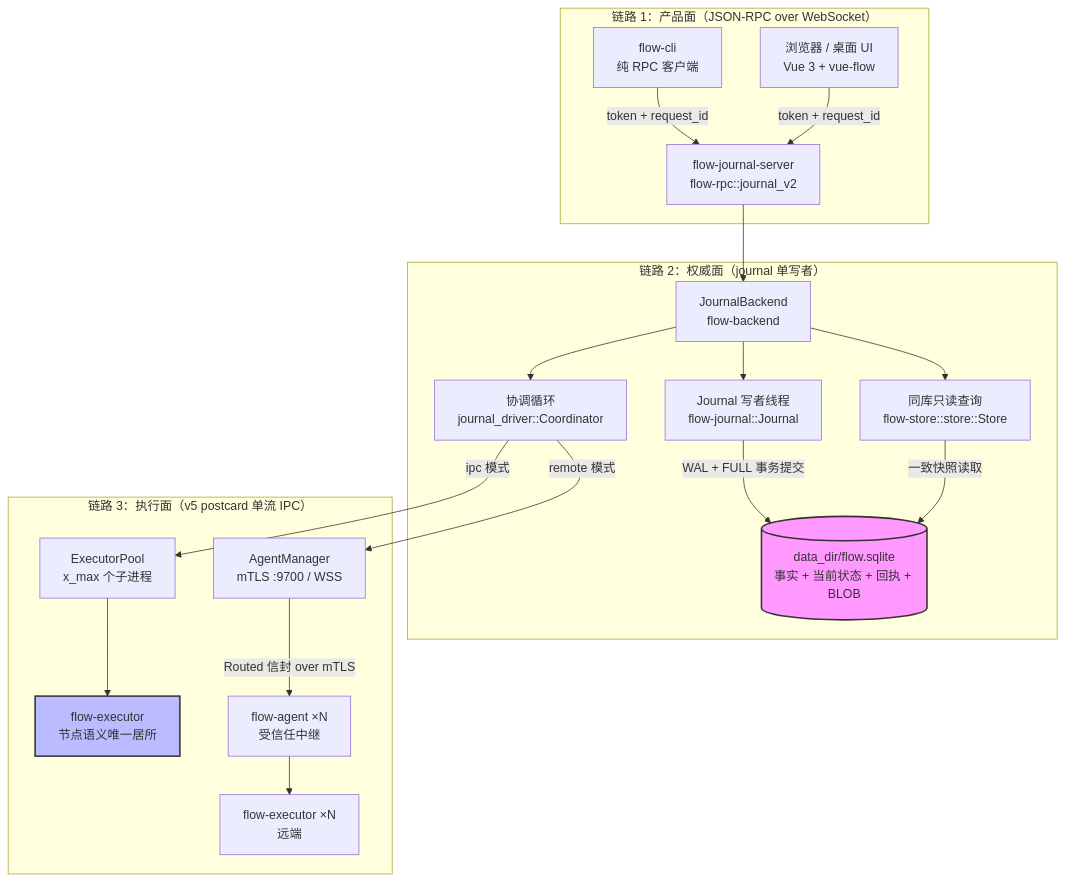
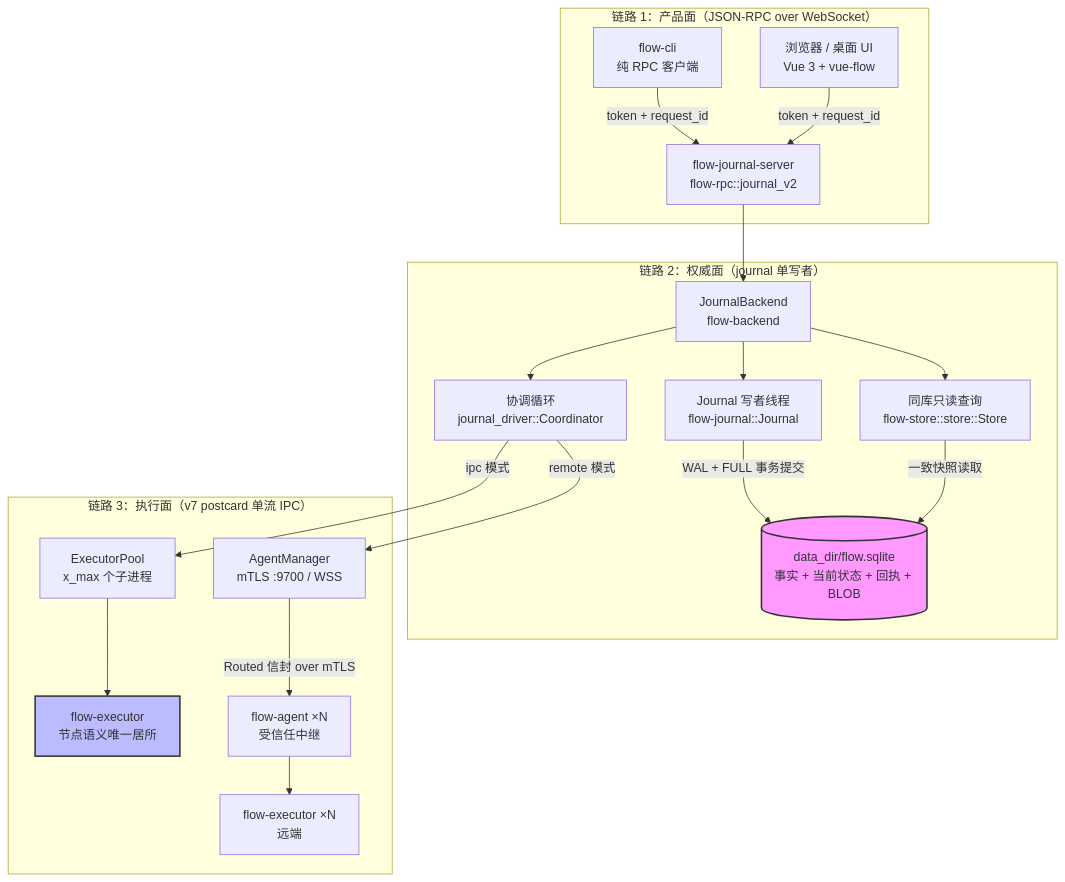
The first of 20 diagrams in docs/DESIGN.md (yeheng/flow), drawn with Mermaid before and after one commit. The commit also changed other lines of this file and 116 other files, not shown here.

````diff
--- a/docs/DESIGN.md
+++ b/docs/DESIGN.md
@@ -128,42 +131,42 @@
 ```mermaid
 graph TB
     subgraph L1["链路 1：产品面（JSON-RPC over WebSocket）"]
         CLI["flow-cli<br/>纯 RPC 客户端"]
         WEB["浏览器 / 桌面 UI<br/>Vue 3 + vue-flow"]
         RPC["flow-journal-server<br/>flow-rpc::journal_v2"]
     end
 
     subgraph L2["链路 2：权威面（journal 单写者）"]
         BE["JournalBackend<br/>flow-backend"]
         COORD["协调循环<br/>journal_driver::Coordinator"]
         W["Journal 写者线程<br/>flow-journal::Journal"]
         PROJ["同库只读查询<br/>flow-store::store::Store"]
         DISK[("data_dir/flow.sqlite<br/>事实 + 当前状态 + 回执 + BLOB")]
     end
 
-    subgraph L3["链路 3：执行面（v5 postcard 单流 IPC）"]
+    subgraph L3["链路 3：执行面（v7 postcard 单流 IPC）"]
         POOL["ExecutorPool<br/>x_max 个子进程"]
         EX["flow-executor<br/>节点语义唯一居所"]
         AM["AgentManager<br/>mTLS :9700 / WSS"]
         AG["flow-agent ×N<br/>受信任中继"]
         REX["flow-executor ×N<br/>远端"]
     end
 
     CLI -->|"token + request_id"| RPC
     WEB -->|"token + request_id"| RPC
     RPC --> BE
     BE --> COORD
     BE --> W
     BE --> PROJ
     W -->|"WAL + FULL 事务提交"| DISK
     PROJ -->|"一致快照读取"| DISK
 
     COORD -->|"ipc 模式"| POOL
     COORD -->|"remote 模式"| AM
     POOL --> EX
     AM -->|"Routed 信封 over mTLS"| AG
     AG --> REX
 
     style DISK fill:#f9f,stroke:#333,stroke-width:2px
     style EX fill:#bbf,stroke:#333,stroke-width:2px
 ```
````
